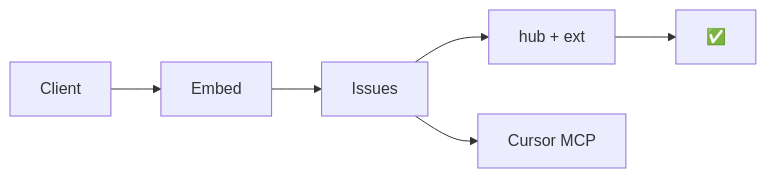
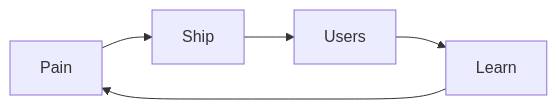
The diagram in README.minimal.md (hrushikeshvetagiri-tweak/hrushikeshvetagiri-tweak), drawn with Mermaid before and after one commit. The commit also changed other lines of this file and 1 other file, not shown here.

````diff
--- a/README.minimal.md
+++ b/README.minimal.md
@@ -16,5 +13,4 @@
 ```mermaid
 flowchart LR
-  Client --> Embed --> Issues --> Dev["hub + ext"] --> Ship["✅"]
-  Issues --> MCP["Cursor MCP"]
+  Pain --> Ship --> Users --> Learn --> Pain
 ```
````
